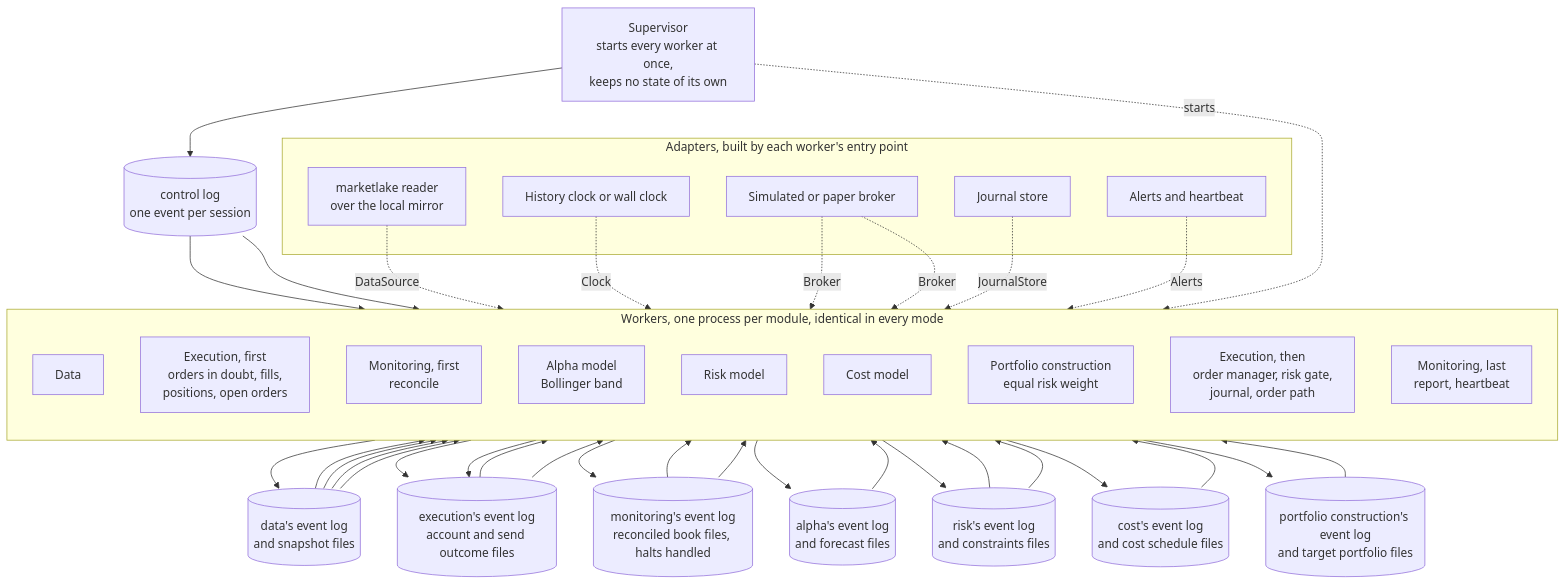
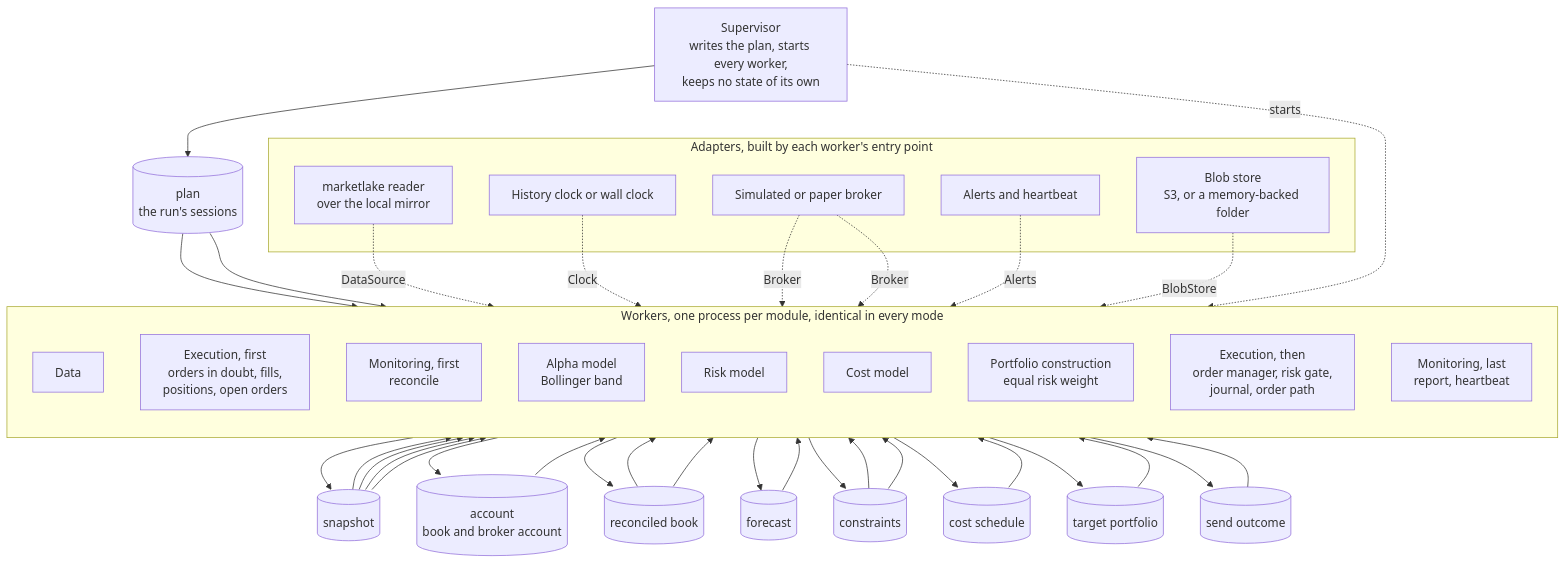
Before and after one commit to l3a0/ithildin-runtime: the second of 16 diagrams in docs/architecture.md, drawn with Mermaid. The commit also changed other lines of this file and 1 other file, not shown here.

````diff
--- a/docs/architecture.md
+++ b/docs/architecture.md
@@ -244,61 +243,61 @@
 ```mermaid
 flowchart TB
-    sup["Supervisor<br/>starts every worker at once,<br/>keeps no state of its own"]
-    ctl[("control log<br/>one event per session")]
-    sup --> ctl
+    sup["Supervisor<br/>writes the plan, starts every worker,<br/>keeps no state of its own"]
+    plan[("plan<br/>the run's sessions")]
+    sup --> plan
 
     subgraph workers["Workers, one process per module, identical in every mode"]
         direction TB
         data["Data"]
         exec_recover["Execution, first<br/>orders in doubt, fills,<br/>positions, open orders"]
         mon_recon["Monitoring, first<br/>reconcile"]
         alpha["Alpha model<br/>Bollinger band"]
         risk["Risk model"]
         cost["Cost model"]
         pc["Portfolio construction<br/>equal risk weight"]
         exec_send["Execution, then<br/>order manager, risk gate,<br/>journal, order path"]
         mon_report["Monitoring, last<br/>report, heartbeat"]
     end
 
-    snap[("data's event log<br/>and snapshot files")]
-    xs[("execution's event log<br/>account and send outcome files")]
-    book[("monitoring's event log<br/>reconciled book files, halts handled")]
-    fc[("alpha's event log<br/>and forecast files")]
-    cons[("risk's event log<br/>and constraints files")]
-    sched[("cost's event log<br/>and cost schedule files")]
-    target[("portfolio construction's event log<br/>and target portfolio files")]
+    snap[("snapshot")]
+    acct[("account<br/>book and broker account")]
+    book[("reconciled book")]
+    fc[("forecast")]
+    cons[("constraints")]
+    sched[("cost schedule")]
+    target[("target portfolio")]
+    outcome[("send outcome")]
 
-    ctl --> data
-    ctl --> exec_recover
+    plan --> data
+    plan --> exec_recover
     data --> snap
-    exec_recover --> xs --> mon_recon --> book
+    exec_recover --> acct --> mon_recon --> book
     snap --> alpha --> fc
     snap --> risk
     book --> risk --> cons
     snap --> cost --> sched
     fc --> pc
     cons --> pc
     sched --> pc
     book --> pc --> target
     target --> exec_send
     cons --> exec_send
     snap --> exec_send
-    exec_send --> xs
-    xs --> mon_report
+    exec_send --> outcome --> mon_report
 
     subgraph adapters["Adapters, built by each worker's entry point"]
         lakesrc["marketlake reader<br/>over the local mirror"]
         clock["History clock or wall clock"]
         broker["Simulated or paper broker"]
-        journalstore["Journal store"]
+        store["Blob store<br/>S3, or a memory-backed folder"]
         alertsink["Alerts and heartbeat"]
     end
 
     lakesrc -. "DataSource" .-> data
     clock -. "Clock" .-> data
     broker -. "Broker" .-> exec_recover
     broker -. "Broker" .-> exec_send
-    journalstore -. "JournalStore" .-> exec_send
+    store -. "BlobStore" .-> workers
     alertsink -. "Alerts" .-> mon_report
     sup -. "starts" .-> workers
 ```
````
